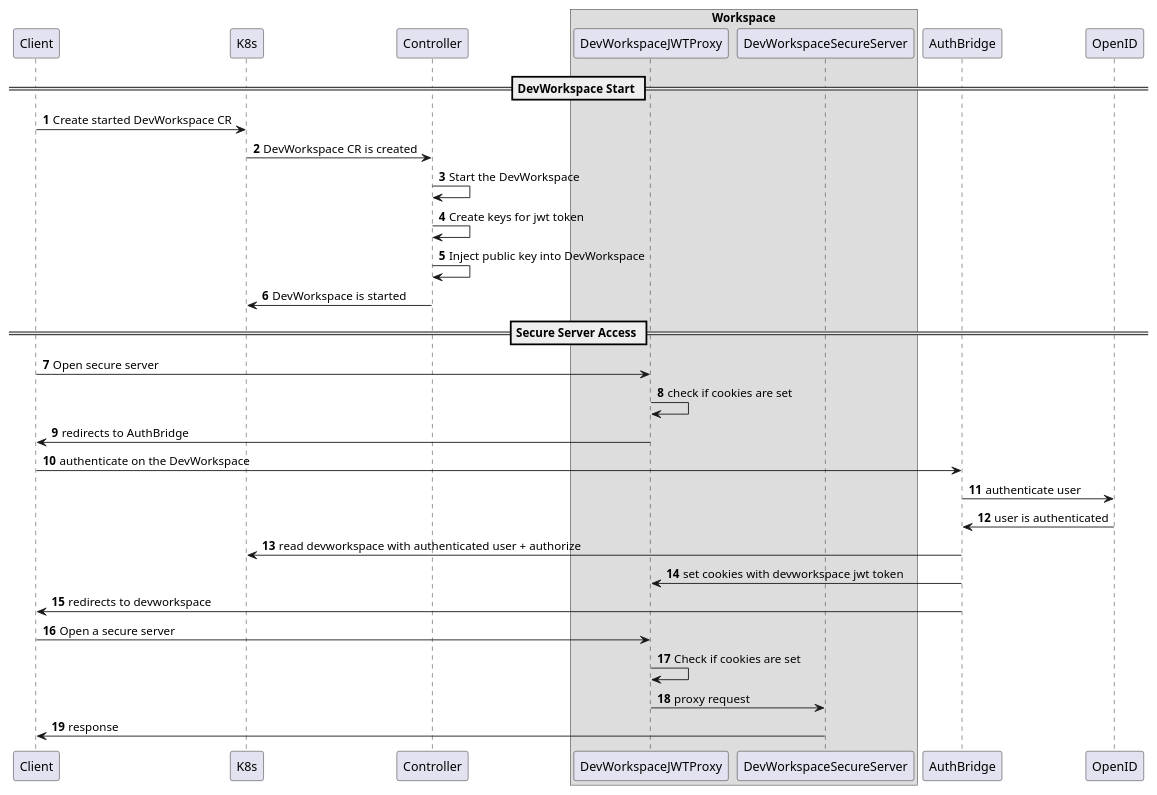
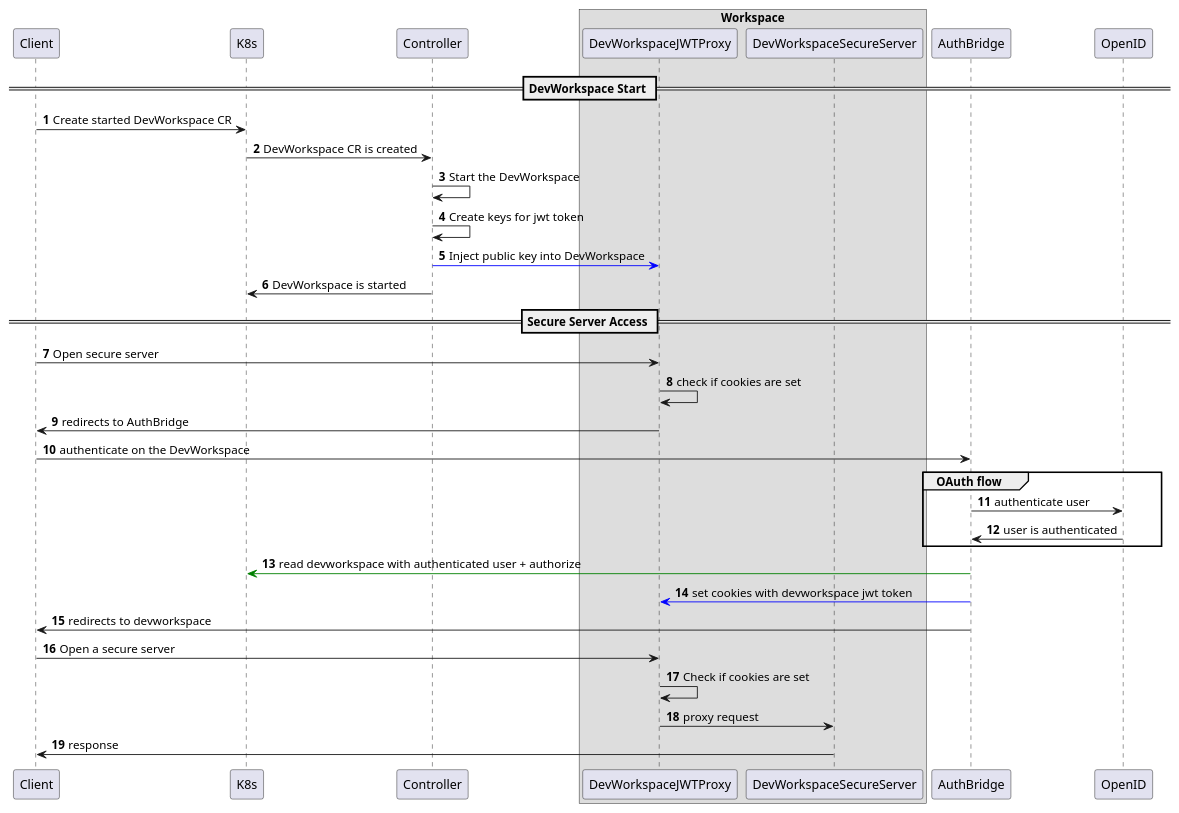
The diagram in authentication-schemas/jwtproxy+auth_bridge-next.plantuml (devfile/devworkspace-operator), drawn with PlantUML before and after one commit. The commit also changed 4 other files, not shown here.

First line of the commit message:
Add details for OAuth flow and access check

```diff
--- a/authentication-schemas/jwtproxy+auth_bridge-next.plantuml
+++ b/authentication-schemas/jwtproxy+auth_bridge-next.plantuml
@@ -1,44 +1,49 @@
 @startuml
 
 participant Client
 participant K8s
 participant Controller
 box Workspace
 participant DevWorkspaceJWTProxy
 participant DevWorkspaceSecureServer
 end box
 participant AuthBridge
 participant OpenID
 
 autonumber
+skinparam SequenceGroupBodyBackgroundColor transparent
 
 == DevWorkspace Start ==
 
 Client -> K8s: Create started DevWorkspace CR
 K8s -> Controller: DevWorkspace CR is created
 Controller -> Controller: Start the DevWorkspace
 Controller -> Controller: Create keys for jwt token
-Controller -> Controller: Inject public key into DevWorkspace
+Controller -[#blue]> DevWorkspaceJWTProxy: Inject public key into DevWorkspace
 Controller -> K8s: DevWorkspace is started
 
 == Secure Server Access ==
 
 Client -> DevWorkspaceJWTProxy: Open secure server
 DevWorkspaceJWTProxy -> DevWorkspaceJWTProxy: check if cookies are set
 
 DevWorkspaceJWTProxy -> Client: redirects to AuthBridge
+
 Client -> AuthBridge: authenticate on the DevWorkspace
 
+group OAuth flow
 AuthBridge -> OpenID: authenticate user
 AuthBridge <- OpenID: user is authenticated
+end
 
-AuthBridge -> K8s: read devworkspace with authenticated user + authorize
-AuthBridge -> DevWorkspaceJWTProxy: set cookies with devworkspace jwt token
+AuthBridge -[#green]> K8s: read devworkspace with authenticated user + authorize
+AuthBridge -[#blue]> DevWorkspaceJWTProxy: set cookies with devworkspace jwt token
+
 AuthBridge -> Client: redirects to devworkspace
 
 Client -> DevWorkspaceJWTProxy: Open a secure server
 DevWorkspaceJWTProxy -> DevWorkspaceJWTProxy: Check if cookies are set
 DevWorkspaceJWTProxy -> DevWorkspaceSecureServer: proxy request
 DevWorkspaceSecureServer -> Client: response
 
 @enduml
```
